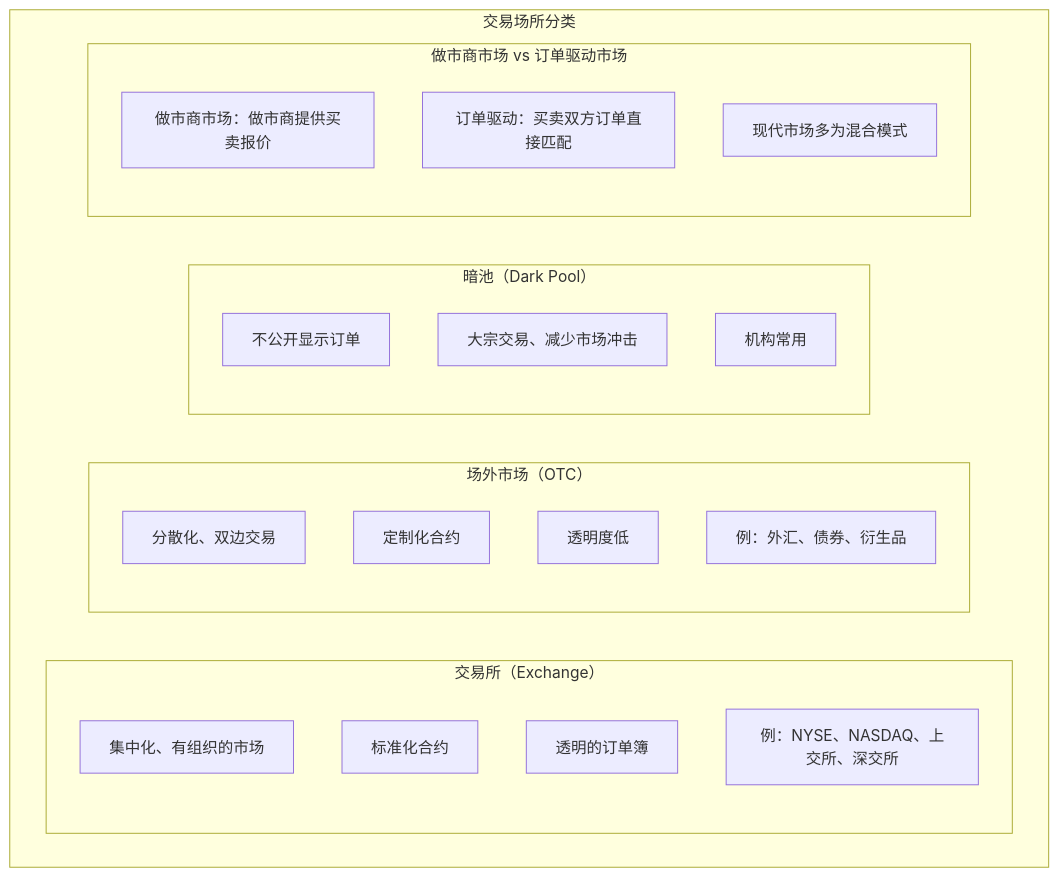
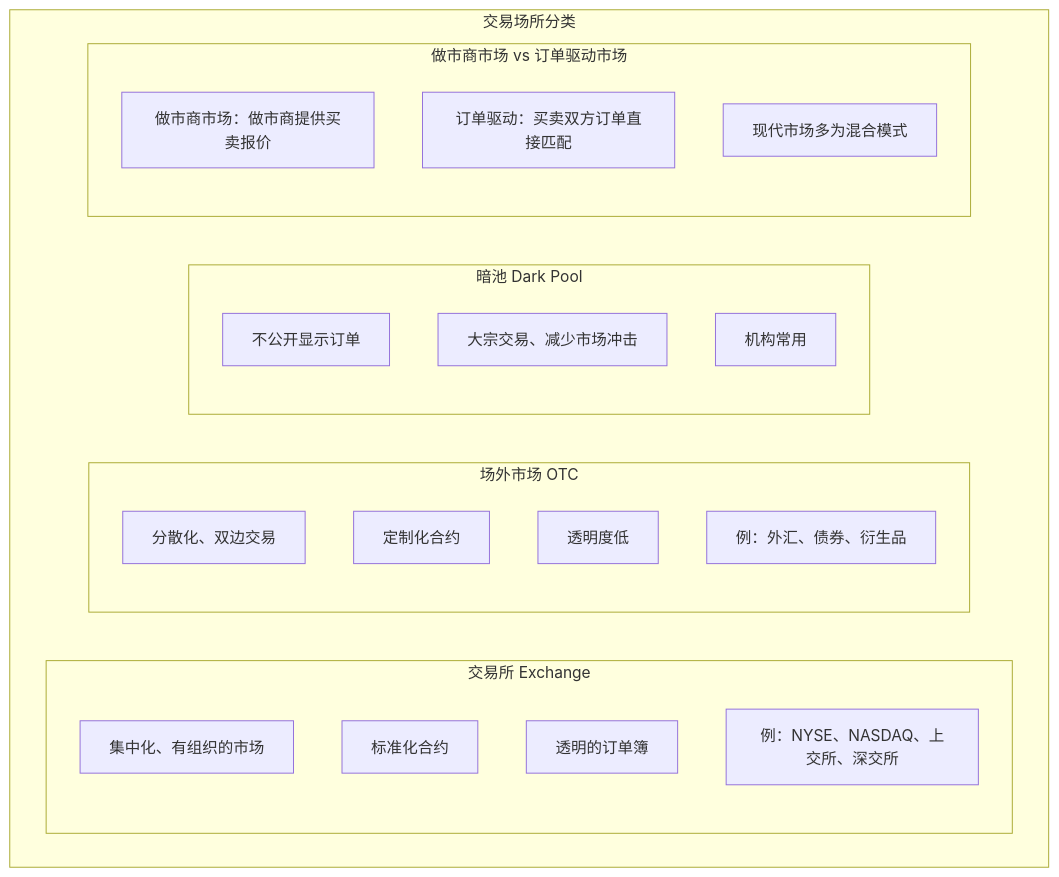
One commit to jpixy/jpixy.github.io changed the first of 4 diagrams in content/articles/quant/quant-16-市场微结构.md. Above: the diagram before and after it, drawn with Mermaid. The commit also changed other lines of this file and 66 other files, not shown here.

Commit message:
fix: resolve Mermaid syntax errors by removing parentheses in node labels

````diff
--- a/content/articles/quant/quant-16-市场微结构.md
+++ b/content/articles/quant/quant-16-市场微结构.md
@@ -19,27 +19,27 @@
 ```mermaid
 graph TB
     subgraph 交易场所分类
-        subgraph 交易所["交易所（Exchange）"]
+        subgraph 交易所["交易所 Exchange"]
             A1["集中化、有组织的市场"]
             A2["标准化合约"]
             A3["透明的订单簿"]
             A4["例：NYSE、NASDAQ、上交所、深交所"]
         end
-        subgraph OTC["场外市场（OTC）"]
+        subgraph OTC["场外市场 OTC"]
             B1["分散化、双边交易"]
             B2["定制化合约"]
             B3["透明度低"]
             B4["例：外汇、债券、衍生品"]
         end
-        subgraph 暗池["暗池（Dark Pool）"]
+        subgraph 暗池["暗池 Dark Pool"]
             C1["不公开显示订单"]
             C2["大宗交易、减少市场冲击"]
             C3["机构常用"]
         end
         subgraph 市场类型["做市商市场 vs 订单驱动市场"]
             D1["做市商市场：做市商提供买卖报价"]
             D2["订单驱动：买卖双方订单直接匹配"]
             D3["现代市场多为混合模式"]
         end
     end
 ```
````
